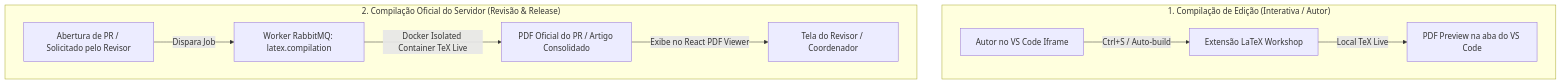
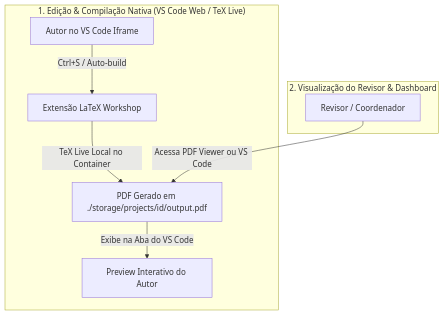
One commit to Digital-Analytics-Apps/sci-latex-vscode-ai changed the first of 2 diagrams in docs/planning/specs.md. Above: the diagram before and after it, drawn with Mermaid. The commit also changed other lines of this file and 30 other files, not shown here.

First line of the commit message:
feat(reviewer): integrate VS Code Web GitHub PR extension & fix TypeScript build errors

````diff
--- a/docs/planning/specs.md
+++ b/docs/planning/specs.md
@@ -23,13 +23,12 @@
 ```mermaid
 graph TD
-    subgraph "1. Compilação de Edição (Interativa / Autor)"
+    subgraph "1. Edição & Compilação Nativa (VS Code Web / TeX Live)"
         Author[Autor no VS Code Iframe] -->|Ctrl+S / Auto-build| Extension[Extensão LaTeX Workshop]
-        Extension -->|Local TeX Live| LocalPDF[PDF Preview na aba do VS Code]
+        Extension -->|TeX Live Local no Container| LocalPDF[PDF Gerado em ./storage/projects/id/output.pdf]
+        LocalPDF -->|Exibe na Aba do VS Code| EditorPreview[Preview Interativo do Autor]
     end
 
-    subgraph "2. Compilação Oficial do Servidor (Revisão & Release)"
-        PR[Abertura de PR / Solicitado pelo Revisor] -->|Dispara Job| WorkerTeX[Worker RabbitMQ: latex.compilation]
-        WorkerTeX -->|Docker Isolated Container TeX Live| ServerPDF[PDF Oficial do PR / Artigo Consolidado]
-        ServerPDF -->|Exibe no React PDF Viewer| Reviewer[Tela do Revisor / Coordenador]
+    subgraph "2. Visualização do Revisor & Dashboard"
+        Reviewer[Revisor / Coordenador] -->|Acessa PDF Viewer ou VS Code| LocalPDF
     end
 ```
````
